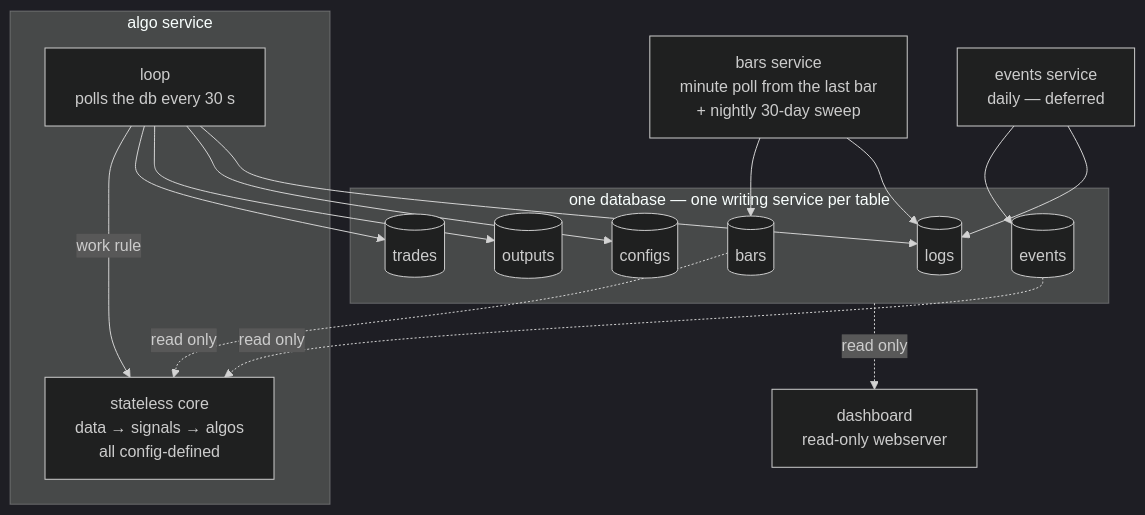
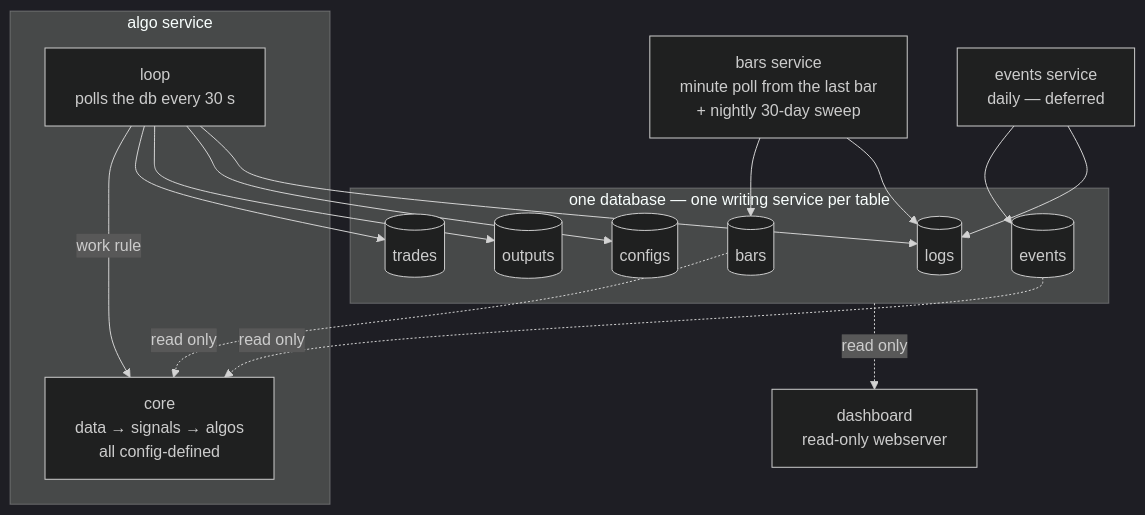
The diagram in design.md (dongurihouse/trader), drawn with Mermaid (dark theme) before and after one commit. The commit also changed other lines of this file and 1 other file, not shown here.

Commit message:
Remove the stateless-core text and the WITHOUT ROWID clauses

````diff
--- a/design.md
+++ b/design.md
@@ -286,29 +286,29 @@
 ```mermaid
 flowchart TB
     BARS[bars service<br/>minute poll from the last bar<br/>+ nightly 30-day sweep]
     EVENTS[events service<br/>daily — deferred]
 
     BARS --> BT[(bars)]
     EVENTS --> ET[(events)]
 
     subgraph DB [one database — one writing service per table]
         BT
         ET
         TR[(trades)]
         OUT[(outputs)]
         CFG[(configs)]
         LG[(logs)]
     end
 
     subgraph ALGO [algo service]
-        LOOP[loop<br/>polls the db every 30 s] -- work rule --> CORE[stateless core<br/>data → signals → algos<br/>all config-defined]
+        LOOP[loop<br/>polls the db every 30 s] -- work rule --> CORE[core<br/>data → signals → algos<br/>all config-defined]
     end
 
     BT -. read only .-> CORE
     ET -. read only .-> CORE
     LOOP --> TR
     LOOP --> OUT
     LOOP --> CFG
     BARS & EVENTS & LOOP --> LG
     DB -. read only .-> DASH[dashboard<br/>read-only webserver]
 ```
````
